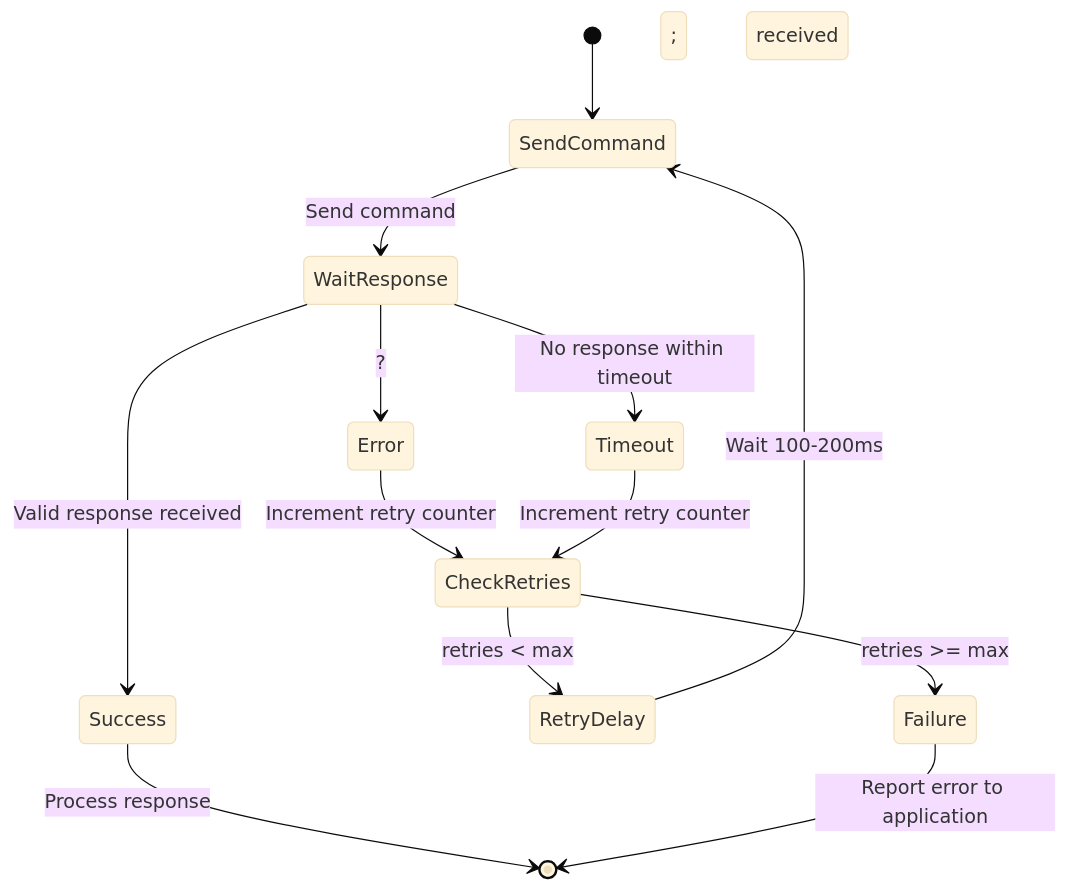
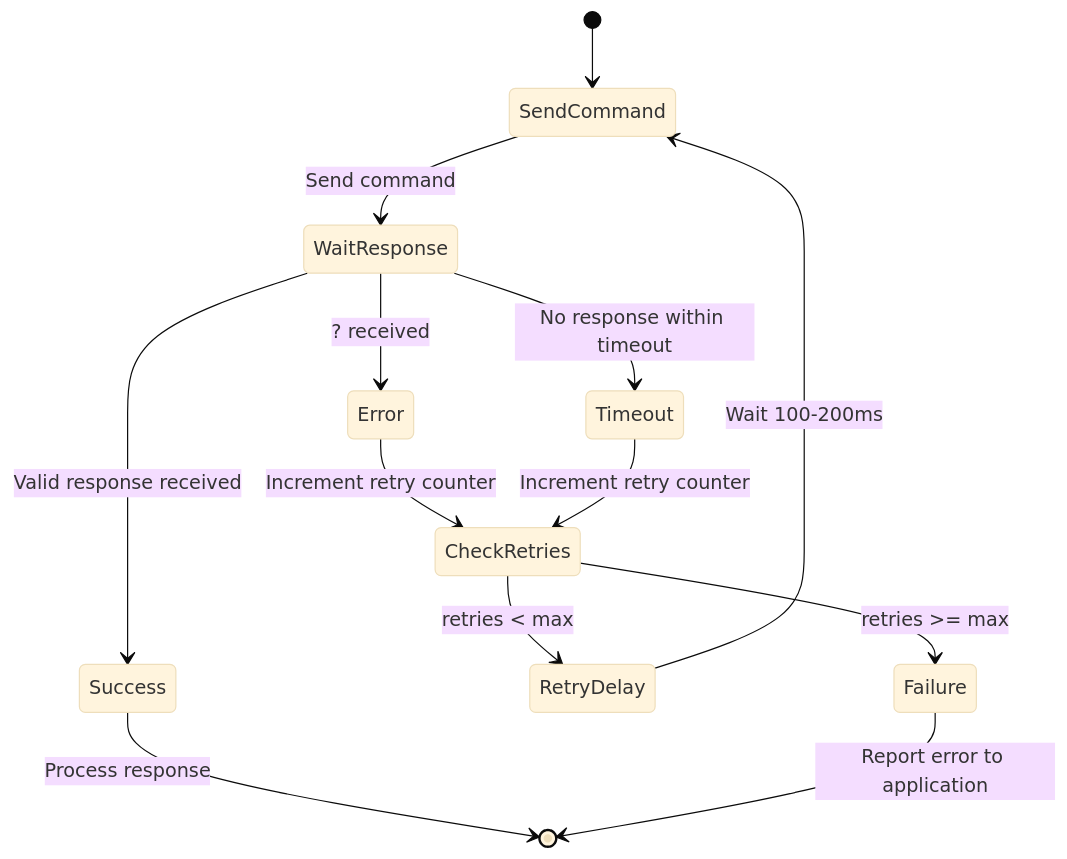
Before and after one commit to radiolabme/elecraft-docs: the diagram in src/content/docs/programming/errors.md, drawn with Mermaid (base theme). The commit also changed 7 other files, not shown here.

First line of the commit message:
Fix Mermaid state diagram parse errors caused by semicolons in transition labels

````diff
--- a/src/content/docs/programming/errors.md
+++ b/src/content/docs/programming/errors.md
@@ -28,20 +28,20 @@
 ```mermaid
 stateDiagram-v2
     [*] --> SendCommand
     SendCommand --> WaitResponse: Send command
 
     WaitResponse --> Success: Valid response received
-    WaitResponse --> Error: ?; received
+    WaitResponse --> Error : ? received
     WaitResponse --> Timeout: No response within timeout
 
     Success --> [*]: Process response
 
     Error --> CheckRetries: Increment retry counter
     CheckRetries --> RetryDelay: retries < max
     CheckRetries --> Failure: retries >= max
     RetryDelay --> SendCommand: Wait 100-200ms
 
     Timeout --> CheckRetries: Increment retry counter
 
     Failure --> [*]: Report error to application
 ```
````
